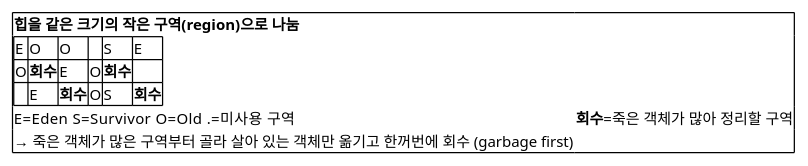
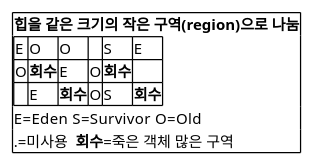
One commit to johnycho/johny-dev changed the fifth of 10 diagrams in blog/2026-08-18-java-gc-types.mdx. Above: the diagram before and after it, drawn with PlantUML. The commit also changed other lines of this file and 1 other file, not shown here.

Commit message:
fix: java-gc G1 구역 salt 다이어그램 모바일 폭 축소(659→256)
- 긴 범례 2줄 분리, garbage first 설명 문장은 본문으로 이동
- 소스·렌더 SVG 일치

````diff
--- a/blog/2026-08-18-java-gc-types.mdx
+++ b/blog/2026-08-18-java-gc-types.mdx
@@ -209,16 +209,16 @@
 ```plantuml
 @startsalt
 {
   {+
     <b>힙을 같은 크기의 작은 구역(region)으로 나눔</b>
     {#
       E | O | O | . | S | E
       O | <b>회수</b> | E | O | <b>회수</b> | .
       . | E | <b>회수</b> | O | S | <b>회수</b>
     }
-    E=Eden  S=Survivor  O=Old  .=미사용 구역  |  <b>회수</b>=죽은 객체가 많아 정리할 구역
-    → 죽은 객체가 많은 구역부터 골라 살아 있는 객체만 옮기고 한꺼번에 회수 (garbage first)
+    E=Eden  S=Survivor  O=Old
+    .=미사용  <b>회수</b>=죽은 객체 많은 구역
   }
 }
 @endsalt
 ```
````
